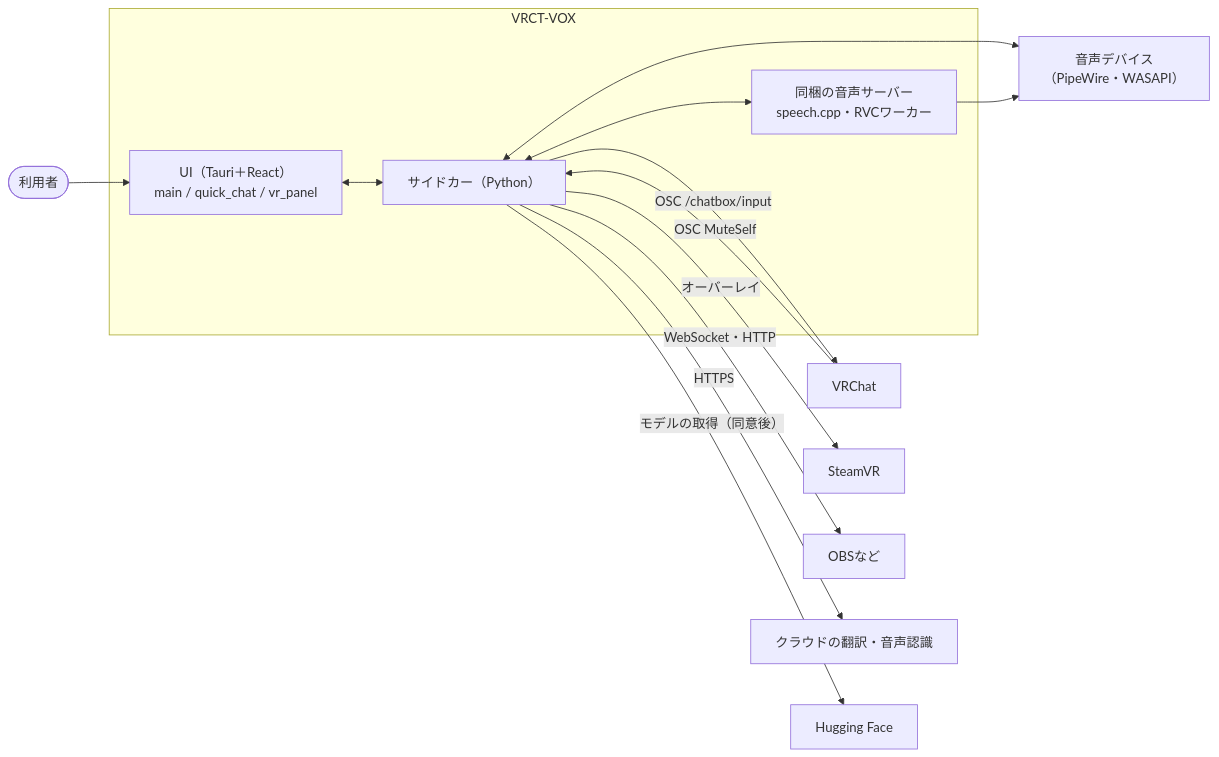
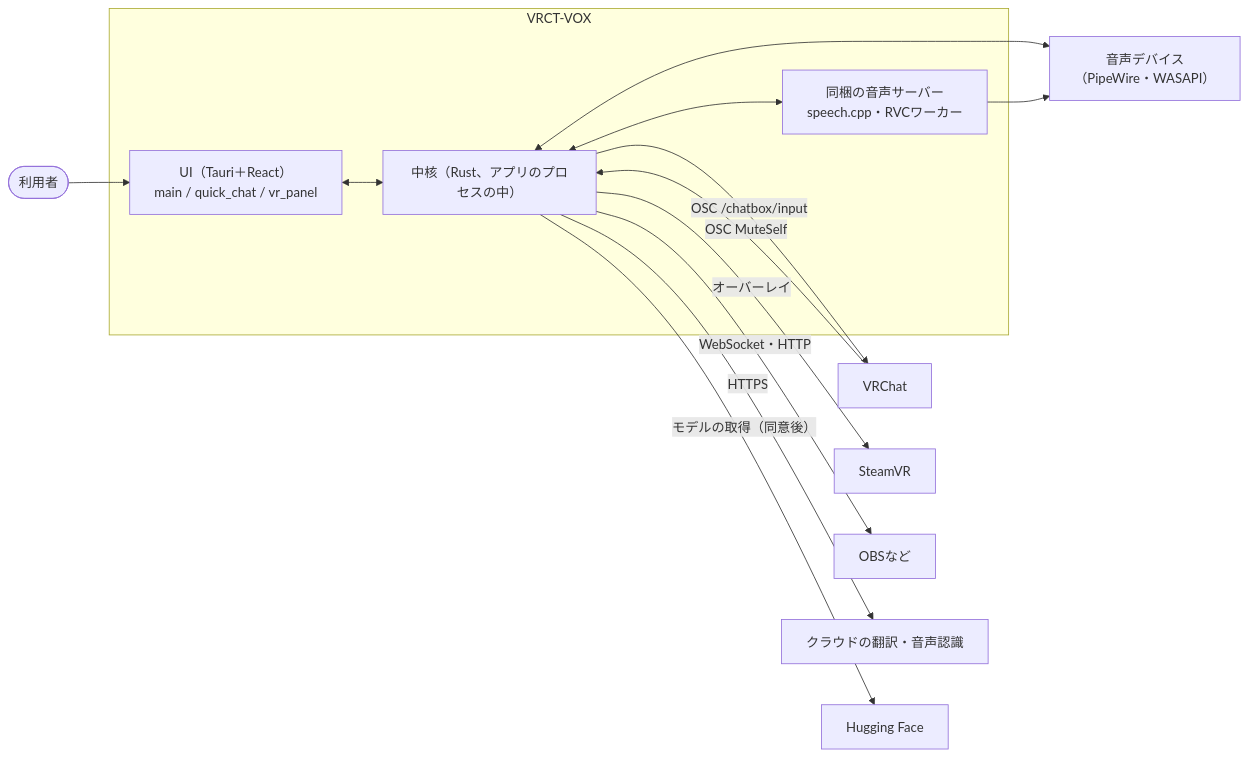
One commit to kein5/astarot changed the diagram in docs/spec/overview.md. Above: the diagram before and after it, drawn with Mermaid. The commit also changed other lines of this file and 1 other file, not shown here.

First line of the commit message:
docs(spec): show the Rust core as the backend in the overview

````diff
--- a/docs/spec/overview.md
+++ b/docs/spec/overview.md
@@ -7,27 +7,27 @@
 ```mermaid
 flowchart LR
   user(["利用者"])
   subgraph app["VRCT-VOX"]
     ui["UI（Tauri＋React）<br/>main / quick_chat / vr_panel"]
-    side["サイドカー（Python）"]
+    side["中核（Rust、アプリのプロセスの中）"]
     speech["同梱の音声サーバー<br/>speech.cpp・RVCワーカー"]
   end
   vrc["VRChat"]
   steamvr["SteamVR"]
   obs["OBSなど"]
   cloud["クラウドの翻訳・音声認識"]
   hf["Hugging Face"]
   audio["音声デバイス<br/>（PipeWire・WASAPI）"]
 
   user --> ui
   ui <--> side
   side <--> speech
   side -- "OSC /chatbox/input" --> vrc
   vrc -- "OSC MuteSelf" --> side
   side -- "オーバーレイ" --> steamvr
   side -- "WebSocket・HTTP" --> obs
   side -- "HTTPS" --> cloud
   side -- "モデルの取得（同意後）" --> hf
   side <--> audio
   speech --> audio
 ```
````
